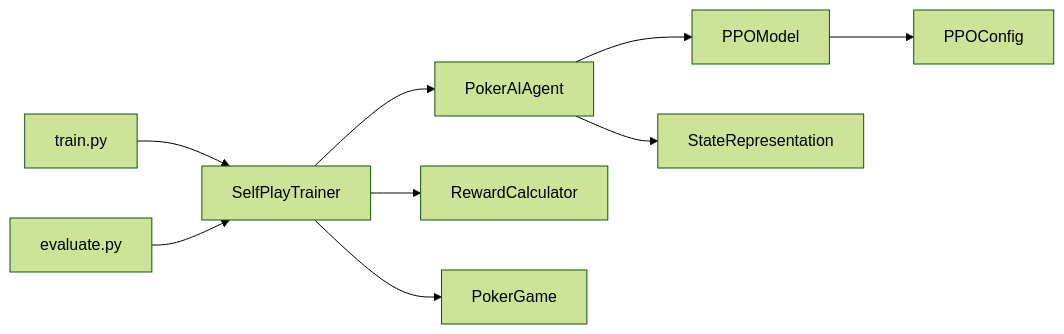
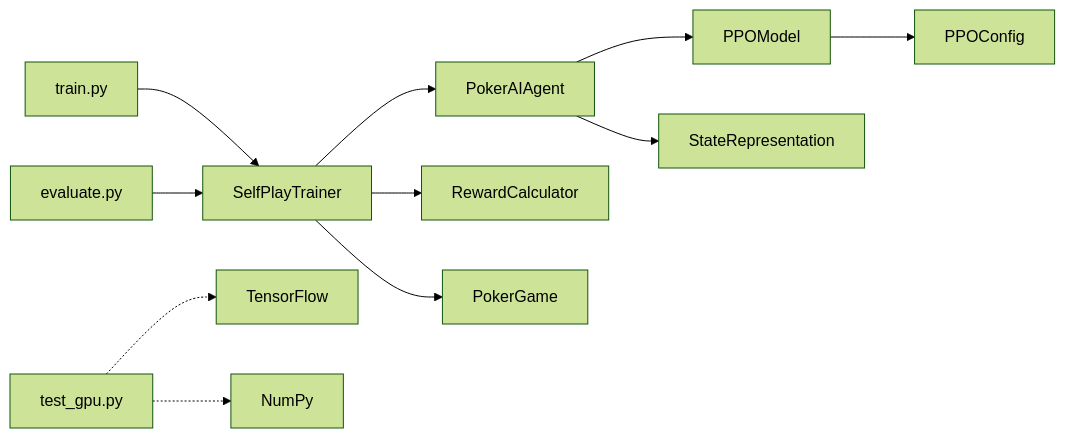
One commit to xiaoguo1987/testonew06 changed the seventh of 7 diagrams in .qoder/repowiki/zh/content/开发指南/测试策略/测试策略.md. Above: the diagram before and after it, drawn with Mermaid (forest theme). The commit also changed other lines of this file and 12 other files, not shown here.

````diff
--- a/.qoder/repowiki/zh/content/开发指南/测试策略/测试策略.md
+++ b/.qoder/repowiki/zh/content/开发指南/测试策略/测试策略.md
@@ -318,11 +380,13 @@
 ```mermaid
 graph LR
 Train["train.py"] --> SPT["SelfPlayTrainer"]
 Eval["evaluate.py"] --> SPT
 SPT --> AIA["PokerAIAgent"]
 AIA --> PPO["PPOModel"]
 AIA --> SR["StateRepresentation"]
 SPT --> RC["RewardCalculator"]
 SPT --> PG["PokerGame"]
 PPO --> CFG["PPOConfig"]
+TG["test_gpu.py"] -.-> TF["TensorFlow"]
+TG -.-> NP["NumPy"]
 ```
````
